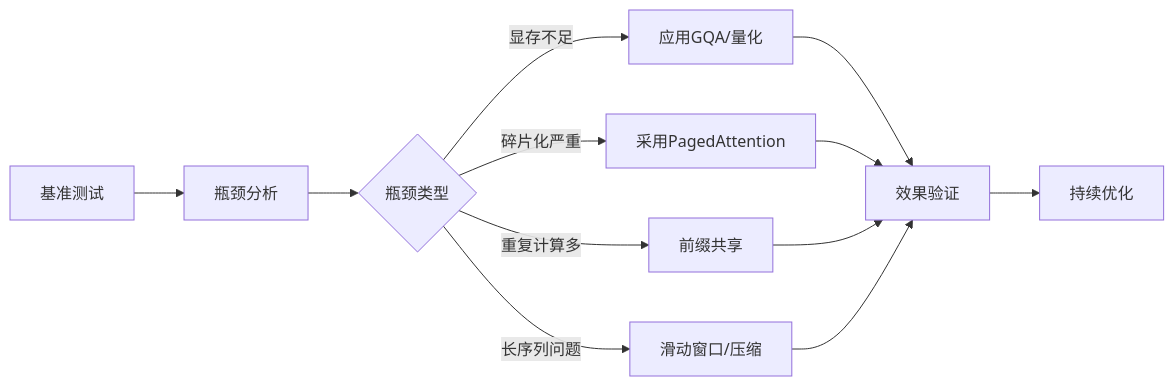
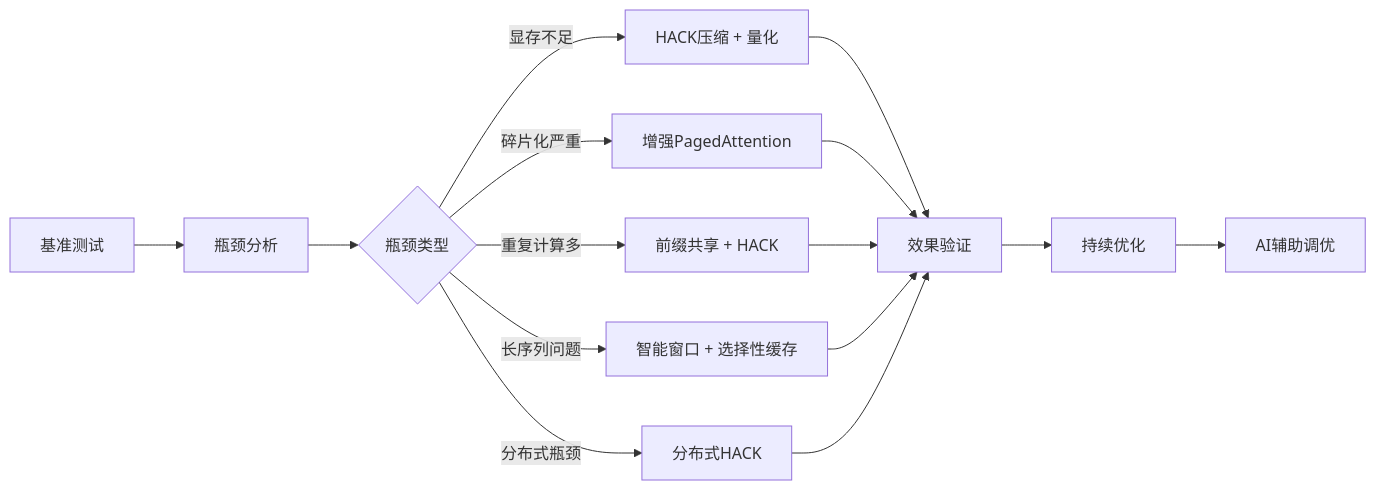
Diagram 13 of 13 in learning/website/docs/basics/15-kv-cache.md (Xunzhuo/mini-sglang), drawn with Mermaid before and after one commit. The commit also changed other lines of this file and 9 other files, not shown here.

````diff
--- a/learning/website/docs/basics/15-kv-cache.md
+++ b/learning/website/docs/basics/15-kv-cache.md
@@ -437,17 +581,20 @@
 ```mermaid
 graph LR
     A[基准测试] --> B[瓶颈分析]
     B --> C{瓶颈类型}
     
-    C -->|显存不足| D[应用GQA/量化]
-    C -->|碎片化严重| E[采用PagedAttention]  
-    C -->|重复计算多| F[前缀共享]
-    C -->|长序列问题| G[滑动窗口/压缩]
+    C -->|显存不足| D[HACK压缩 + 量化]
+    C -->|碎片化严重| E[增强PagedAttention]  
+    C -->|重复计算多| F[前缀共享 + HACK]
+    C -->|长序列问题| G[智能窗口 + 选择性缓存]
+    C -->|分布式瓶颈| H[分布式HACK]
     
-    D --> H[效果验证]
-    E --> H
-    F --> H
-    G --> H
+    D --> I[效果验证]
+    E --> I
+    F --> I
+    G --> I
+    H --> I
     
-    H --> I[持续优化]
+    I --> J[持续优化]
+    J --> K[AI辅助调优]
 ```
````
